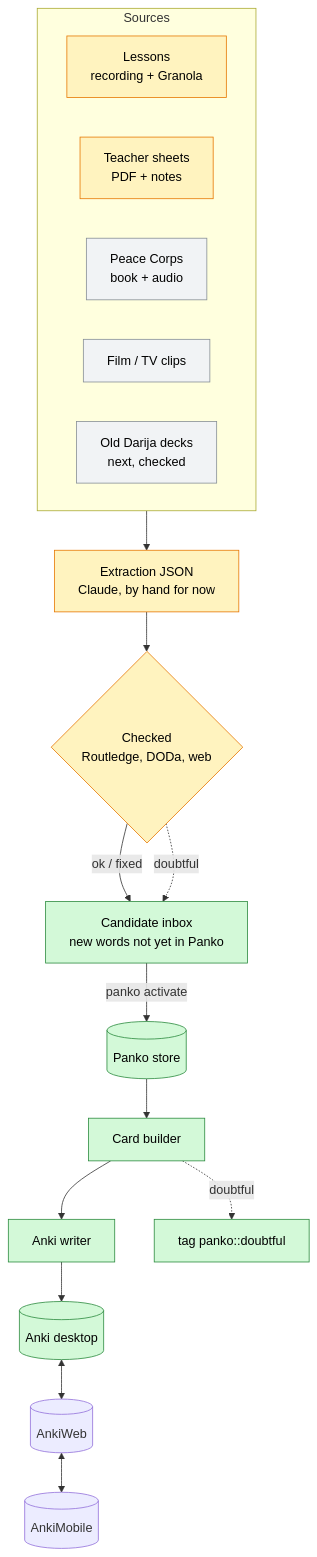
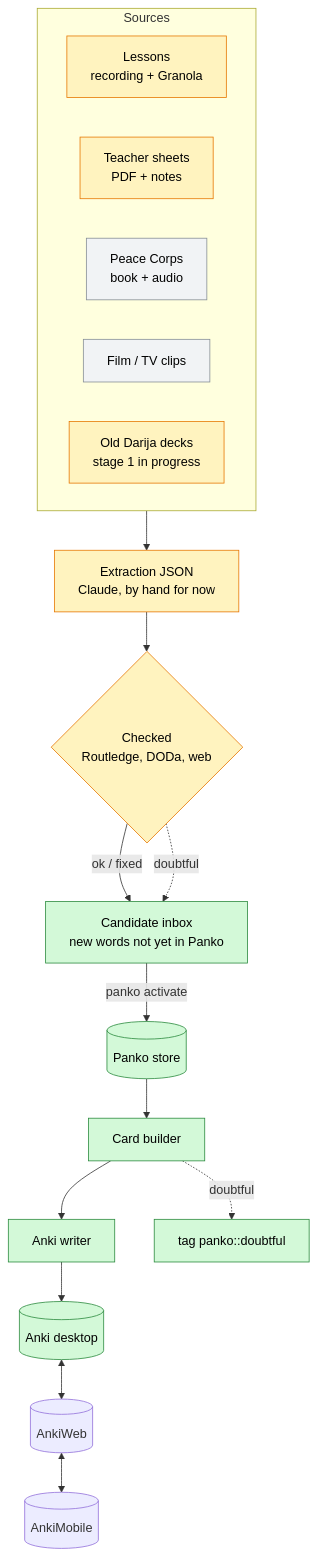
One commit to NotAHill/panko changed the first of 5 diagrams in docs/ARCHITECTURE.md. Above: the diagram before and after it, drawn with Mermaid. The commit also changed 5 other files, not shown here.

First line of the commit message:
Ingest old Darija decks (stage 1): deck parsers, origin on entries, homograph flag

````diff
--- a/docs/ARCHITECTURE.md
+++ b/docs/ARCHITECTURE.md
@@ -12,25 +12,25 @@
 ```mermaid
 flowchart TB
     subgraph Sources
         direction LR
         L[Lessons<br/>recording + Granola]:::part
         T[Teacher sheets<br/>PDF + notes]:::part
         PC[Peace Corps<br/>book + audio]:::plan
         M[Film / TV clips]:::plan
-        D[Old Darija decks<br/>next, checked]:::plan
+        D[Old Darija decks<br/>stage 1 in progress]:::part
     end
     Sources --> X[Extraction JSON<br/>Claude, by hand for now]:::part
     X --> C{Checked<br/>Routledge, DODa, web}:::part
     C -- ok / fixed --> IN[Candidate inbox<br/>new words not yet in Panko]:::built
     C -. doubtful .-> IN
     IN -- panko activate --> S[(Panko store)]:::built
     S --> B[Card builder]:::built
     B --> W[Anki writer]:::built
     B -. doubtful .-> F[tag panko::doubtful]:::built
     W --> A[(Anki desktop)]:::built
     A <--> AW[(AnkiWeb)] <--> AM[(AnkiMobile)]
 
     classDef built fill:#d3f9d8,stroke:#2b8a3e,color:#000
     classDef part fill:#fff3bf,stroke:#e67700,color:#000
     classDef plan fill:#f1f3f5,stroke:#868e96,color:#000
 ```
````
